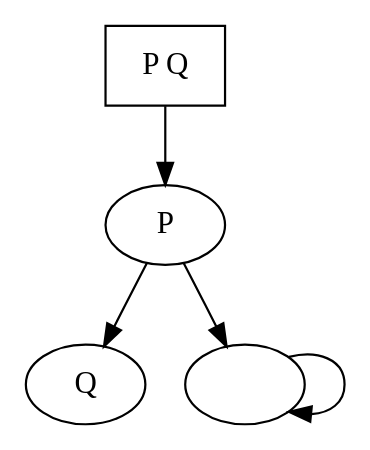
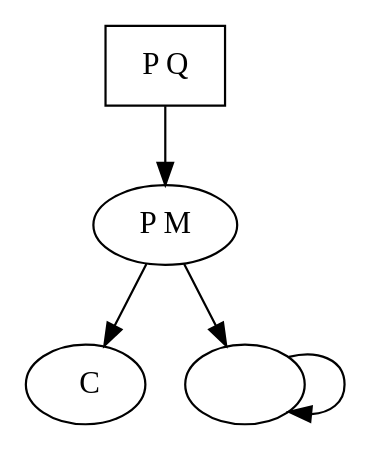
One commit to f-musa/ctl-model-checker changed the diagram in example.dot. Above: the diagram before and after it, drawn with Graphviz. The commit also changed 5 other files, not shown here.

```diff
--- a/example.dot
+++ b/example.dot
@@ -1,15 +1,15 @@
 digraph mon_systeme {
     /* Liste des n÷uds avec leurs labels séparés par des espaces */
     q1 [ label =" P Q "];
-    q2 [ label =" P "];
-    q3 [ label =" Q "];
+    q2 [ label =" P M"];
+    q3 [ label ="  C"];
     q4 [ label ="  "];
 
     /* Un seul n÷ud initial */
     q1 [ shape = box ];
 
     /* Transitions */
     q1 -> q2 -> q3 ;
     q2 -> q4 ;
     q4 -> q4 ;
  }
```
